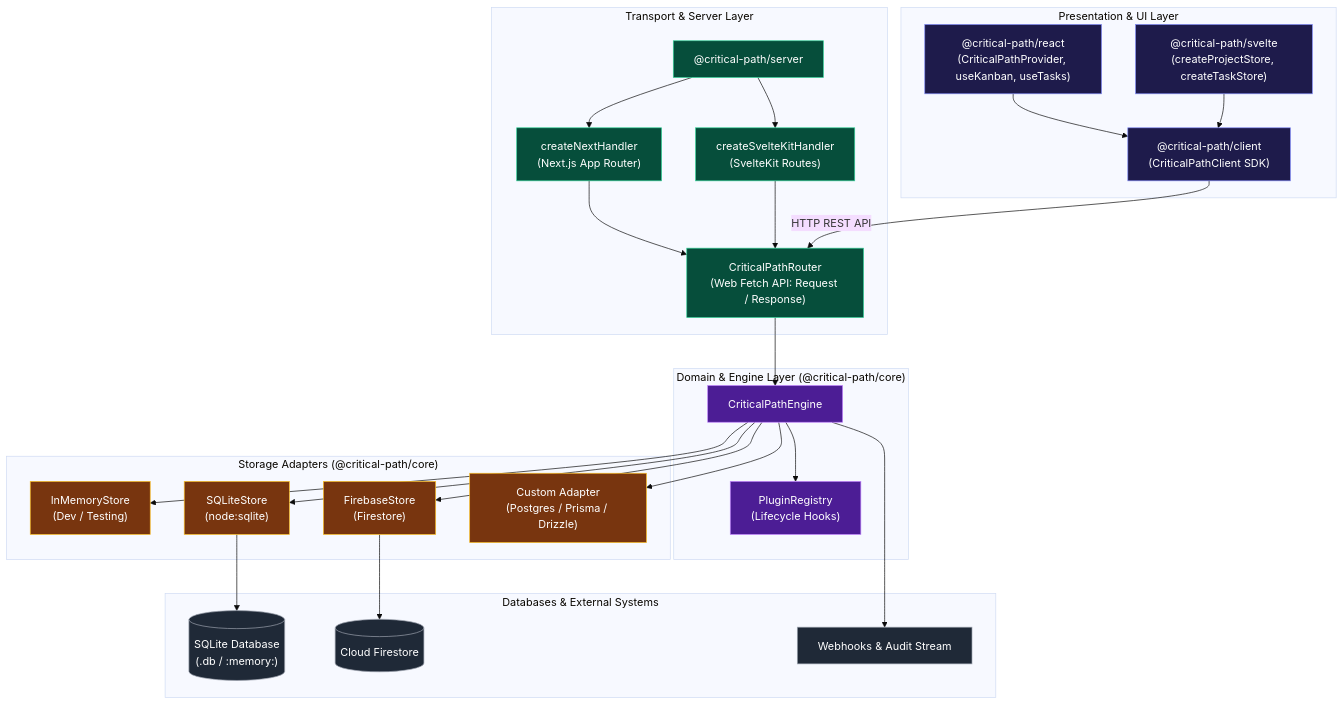
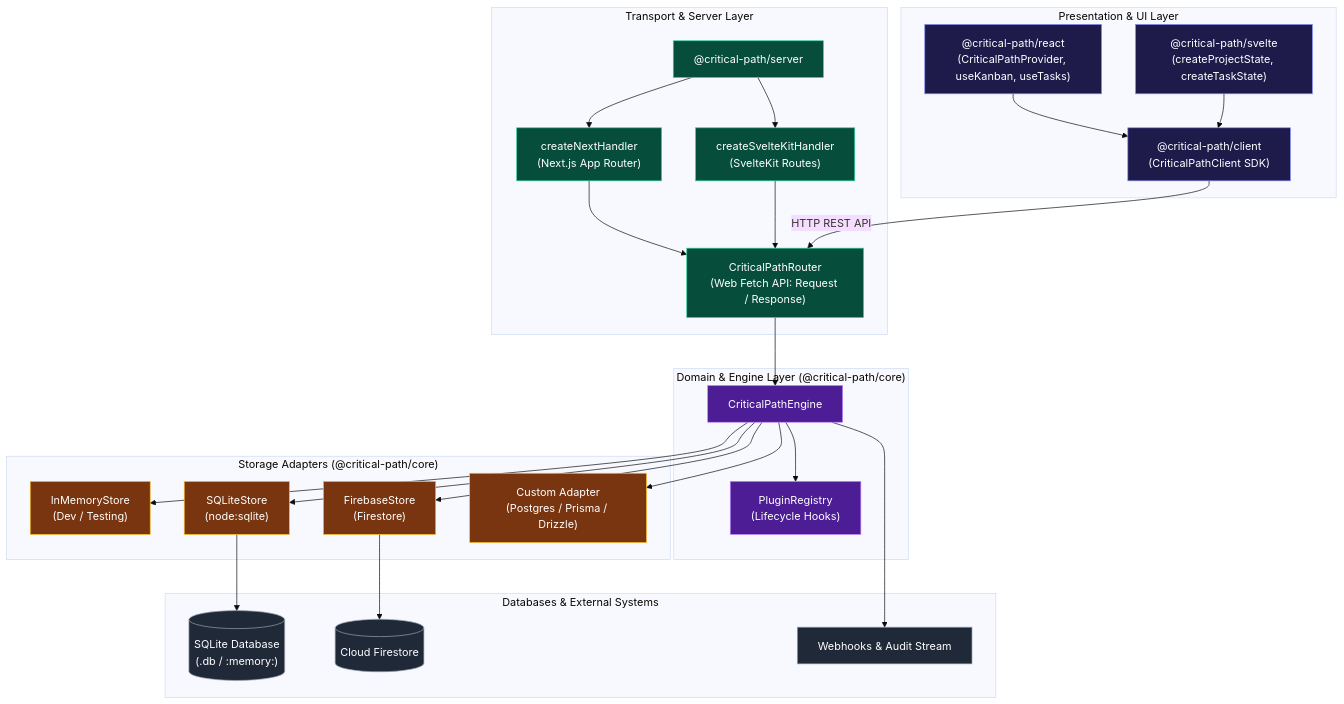
The diagram in README.md (Pixerate/critical-path), drawn with Mermaid (base theme) before and after one commit. The commit also changed other lines of this file and 15 other files, not shown here.

Commit message:
feat(svelte): update @critical-path/svelte to Svelte 5 Runes ($state)

````diff
--- a/README.md
+++ b/README.md
@@ -28,66 +28,66 @@
 ```mermaid
 graph TD
     subgraph UI ["Presentation & UI Layer"]
         React["@critical-path/react<br/>(CriticalPathProvider, useKanban, useTasks)"]
-        Svelte["@critical-path/svelte<br/>(createProjectStore, createTaskStore)"]
+        Svelte["@critical-path/svelte<br/>(createProjectState, createTaskState)"]
         Client["@critical-path/client<br/>(CriticalPathClient SDK)"]
     end
 
     subgraph Server ["Transport & Server Layer"]
         ServerPackage["@critical-path/server"]
         NextAdapter["createNextHandler<br/>(Next.js App Router)"]
         SvelteAdapter["createSvelteKitHandler<br/>(SvelteKit Routes)"]
         Router["CriticalPathRouter<br/>(Web Fetch API: Request / Response)"]
 
         ServerPackage --> NextAdapter
         ServerPackage --> SvelteAdapter
         NextAdapter --> Router
         SvelteAdapter --> Router
     end
 
     subgraph Core ["Domain & Engine Layer (@critical-path/core)"]
         Engine["CriticalPathEngine"]
         PluginRegistry["PluginRegistry<br/>(Lifecycle Hooks)"]
         
         Engine --> PluginRegistry
     end
 
     subgraph Storage ["Storage Adapters (@critical-path/core)"]
         InMemory["InMemoryStore<br/>(Dev / Testing)"]
         SQLite["SQLiteStore<br/>(node:sqlite)"]
         Firebase["FirebaseStore<br/>(Firestore)"]
         Custom["Custom Adapter<br/>(Postgres / Prisma / Drizzle)"]
     end
 
     subgraph Persistence ["Databases & External Systems"]
         SQLiteDB[("SQLite Database<br/>(.db / :memory:)")]
         FirestoreDB[("Cloud Firestore")]
         Webhooks["Webhooks & Audit Stream"]
     end
 
     React --> Client
     Svelte --> Client
     Client -- "HTTP REST API" --> Router
     Router --> Engine
 
     Engine --> InMemory
     Engine --> SQLite
     Engine --> Firebase
     Engine --> Custom
 
     SQLite --> SQLiteDB
     Firebase --> FirestoreDB
     Engine --> Webhooks
 
     classDef UIStyle fill:#1e1b4b,stroke:#818cf8,color:#fff;
     classDef ServerStyle fill:#064e3b,stroke:#34d399,color:#fff;
     classDef CoreStyle fill:#4c1d95,stroke:#c084fc,color:#fff;
     classDef StorageStyle fill:#78350f,stroke:#fbbf24,color:#fff;
     classDef DBStyle fill:#1f2937,stroke:#9ca3af,color:#fff;
 
     class React,Svelte,Client UIStyle;
     class ServerPackage,NextAdapter,SvelteAdapter,Router ServerStyle;
     class Engine,PluginRegistry CoreStyle;
     class InMemory,SQLite,Firebase,Custom StorageStyle;
     class SQLiteDB,FirestoreDB,Webhooks DBStyle;
 ```
````
